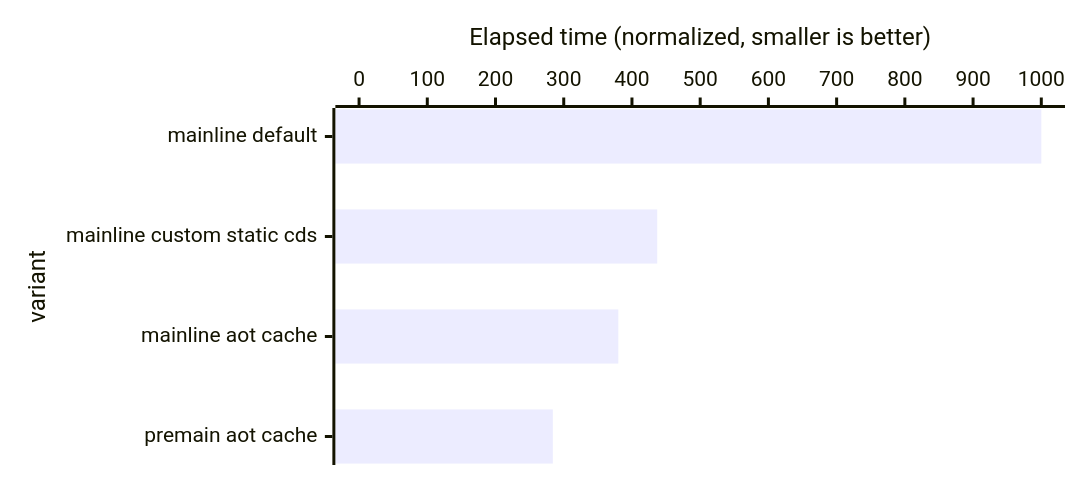
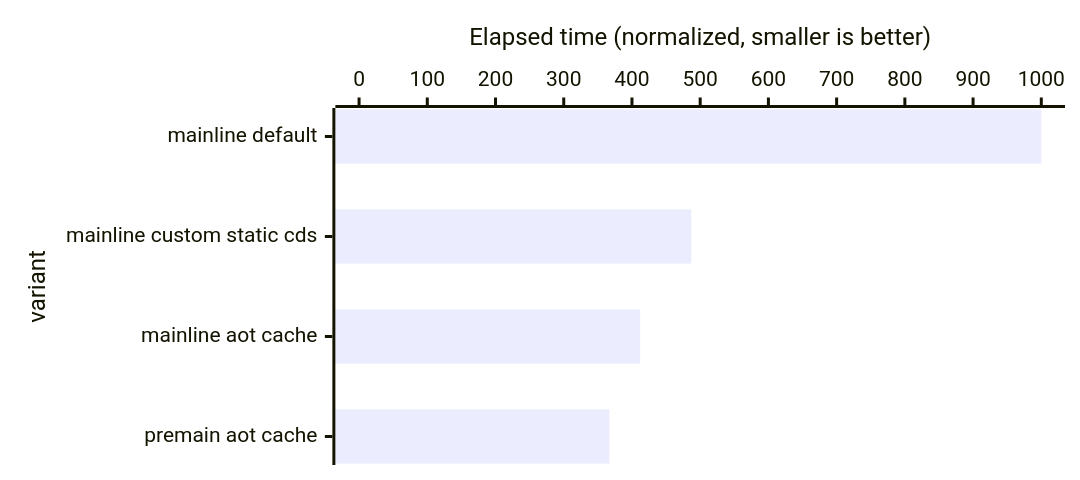
The third of 5 diagrams in README.md (openjdk/leyden), drawn with Mermaid before and after one commit. The commit also changed other lines of this file and 7 other files, not shown here.

````diff
--- a/README.md
+++ b/README.md
@@ -425,12 +425,12 @@
 ```mermaid
 ---
 config:
     xyChart:
         chartOrientation: horizontal
         height: 300
 ---
 xychart-beta
     x-axis "variant" ["mainline default", "mainline custom static cds", "mainline aot cache", "premain aot cache"]
     y-axis "Elapsed time (normalized, smaller is better)" 0 --> 1000
-    bar [1000, 437, 380, 284]
+    bar [1000, 487, 412, 367]
 ```
````
